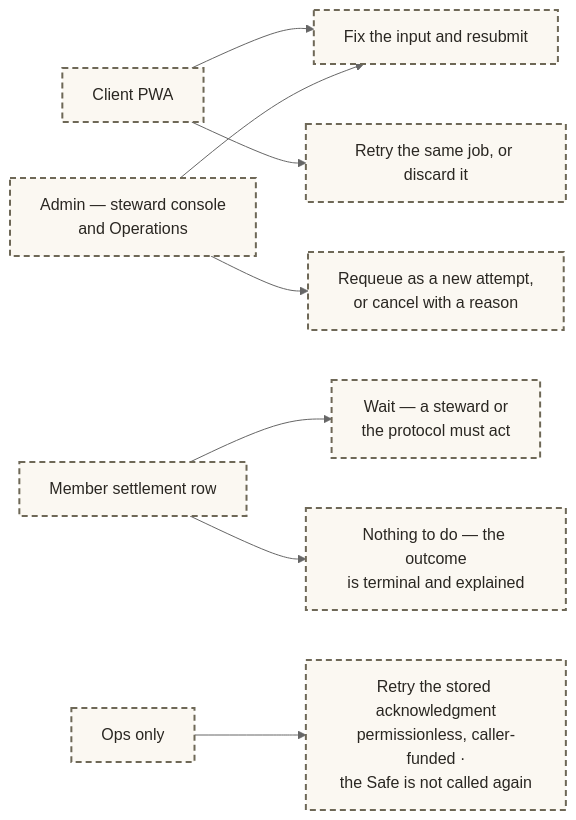
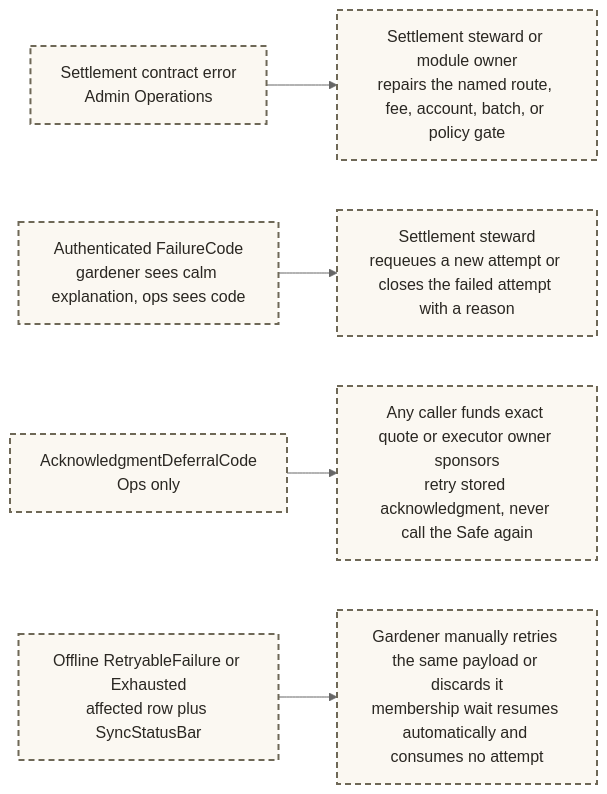
One commit to greenpill-dev-guild/green-goods changed diagram 33 of 38 in .plans/active/commitment-pooling/diagrams.md. Above: the diagram before and after it, drawn with Mermaid (neutral theme). The commit also changed other lines of this file and 58 other files, not shown here.

````diff
--- a/.plans/active/commitment-pooling/diagrams.md
+++ b/.plans/active/commitment-pooling/diagrams.md
@@ -1783,25 +1731,10 @@
 ```mermaid
 flowchart LR
-  S1["Client PWA"]
-  S2["Admin — steward console<br/>and Operations"]
-  S3["Member settlement row"]
-  S4["Ops only"]
-
-  R1["Fix the input and resubmit"]
-  R3["Retry the same job, or discard it"]
-  R4["Requeue as a new attempt,<br/>or cancel with a reason"]
-  R2["Wait — a steward or<br/>the protocol must act"]
-  R5["Nothing to do — the outcome<br/>is terminal and explained"]
-  R6["Retry the stored acknowledgment<br/>permissionless, caller-funded ·<br/>the Safe is not called again"]
-
-  S1 --> R1
-  S1 --> R3
-  S2 --> R1
-  S2 --> R4
-  S3 --> R2
-  S3 --> R5
-  S4 --> R6
+  SE["Settlement contract error<br/>Admin Operations"] --> SEA["Settlement steward or module owner<br/>repairs the named route, fee, account, batch, or policy gate"]
+  FC["Authenticated FailureCode<br/>gardener sees calm explanation, ops sees code"] --> FCA["Settlement steward<br/>requeues a new attempt or closes the failed attempt with a reason"]
+  AD["AcknowledgmentDeferralCode<br/>Ops only"] --> ADA["Any caller funds exact quote or executor owner sponsors<br/>retry stored acknowledgment, never call the Safe again"]
+  OQ["Offline RetryableFailure or Exhausted<br/>affected row plus SyncStatusBar"] --> OQA["Gardener manually retries the same payload or discards it<br/>membership wait resumes automatically and consumes no attempt"]
 
   classDef planned fill:#fbf8f2,stroke:#6e6857,stroke-width:2px,stroke-dasharray:6 4,color:#2a2722
-  class S1,S2,S3,S4,R1,R2,R3,R4,R5,R6 planned
+  class SE,SEA,FC,FCA,AD,ADA,OQ,OQA planned
 ```
````
